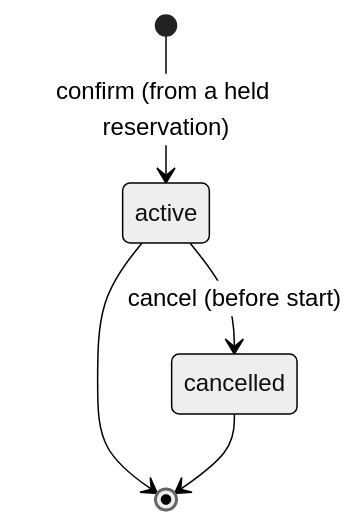
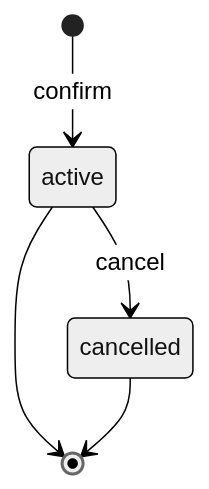
Before and after one commit to nancysworld/alloca-go: the second of 2 diagrams in docs/design/transaction-semantics.md, drawn with Mermaid (neutral theme). The commit also changed other lines of this file, not shown here.

First line of the commit message:
docs: fix clipped Mermaid state-diagram labels (transaction-semantics §3)

````diff
--- a/docs/design/transaction-semantics.md
+++ b/docs/design/transaction-semantics.md
@@ -218,7 +223,7 @@
 ```mermaid
 stateDiagram-v2
-    [*] --> active: confirm (from a held reservation)
-    active --> cancelled: cancel (before start)
+    [*] --> active: confirm
+    active --> cancelled: cancel
     active --> [*]
     cancelled --> [*]
 ```
````
